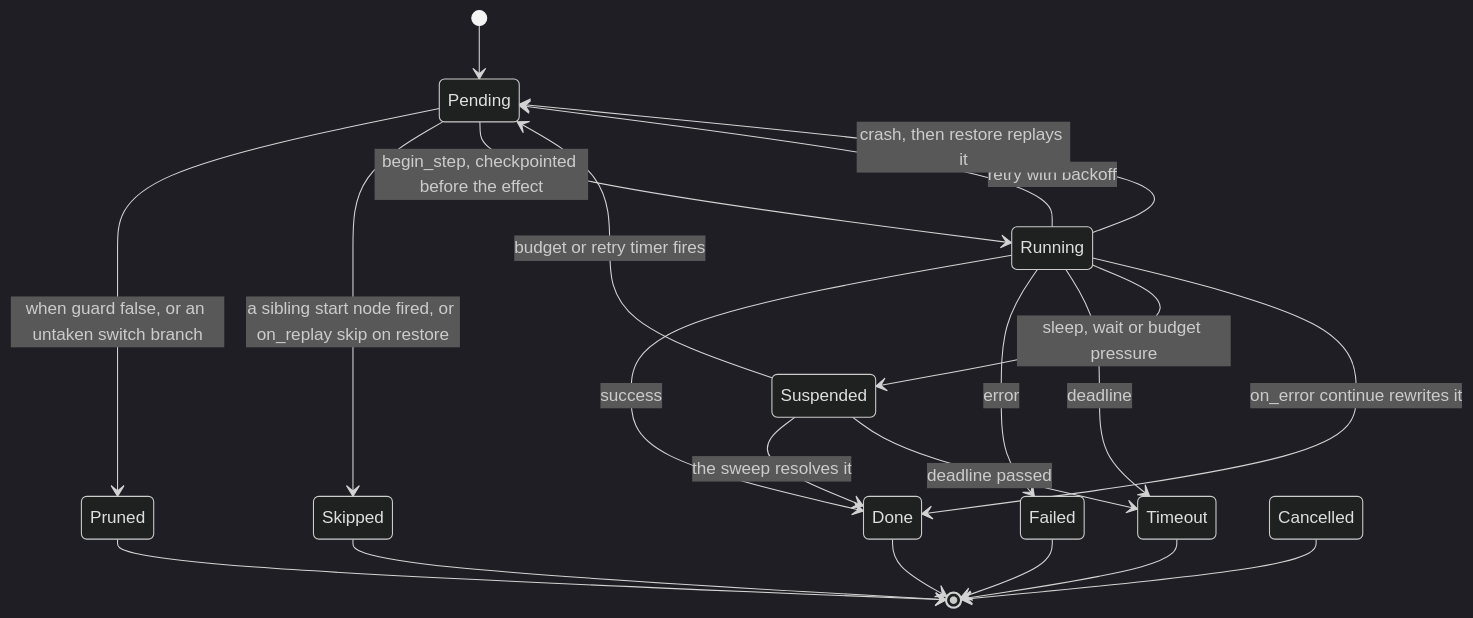
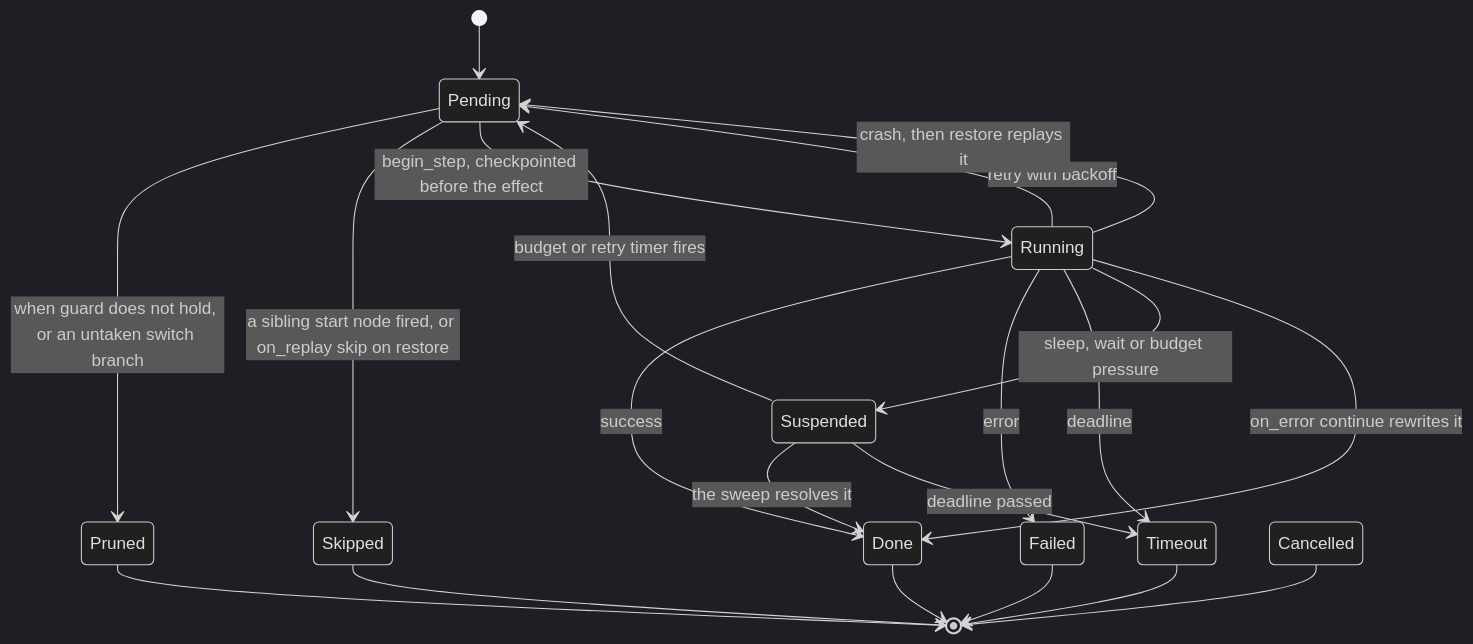
Before and after one commit to agentd-dev/source-code: the third of 4 diagrams in docs/workflows.md, drawn with Mermaid (dark theme). The commit also changed other lines of this file and 45 other files, not shown here.

````diff
--- a/docs/workflows.md
+++ b/docs/workflows.md
@@ -735,23 +740,23 @@
 ```mermaid
 stateDiagram-v2
     [*] --> Pending
-    Pending --> Pruned: when guard false, or an untaken switch branch
+    Pending --> Pruned: when guard does not hold, or an untaken switch branch
     Pending --> Skipped: a sibling start node fired, or on_replay skip on restore
     Pending --> Running: begin_step, checkpointed before the effect
     Running --> Done: success
     Running --> Failed: error
     Running --> Timeout: deadline
     Running --> Suspended: sleep, wait or budget pressure
     Running --> Pending: retry with backoff
     Running --> Done: on_error continue rewrites it
     Running --> Pending: crash, then restore replays it
     Suspended --> Done: the sweep resolves it
     Suspended --> Timeout: deadline passed
     Suspended --> Pending: budget or retry timer fires
     Done --> [*]
     Skipped --> [*]
     Pruned --> [*]
     Failed --> [*]
     Timeout --> [*]
     Cancelled --> [*]
 ```
````
